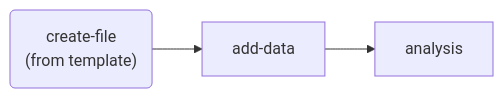
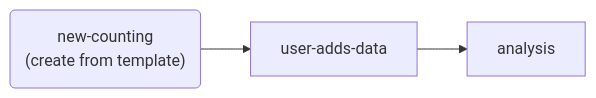
One commit to Trappy-Scopes/cell-counts changed the second of 3 diagrams in README.md. Above: the diagram before and after it, drawn with Mermaid. The commit also changed other lines of this file and 10 other files, not shown here.

````diff
--- a/README.md
+++ b/README.md
@@ -30,4 +30,4 @@
 ```mermaid
 graph LR
-	create-file("create-file<br>(from template)") --> add-data --> analysis
+	new-counting("new-counting<br>(create from template)") --> user-adds-data --> analysis
 ```
````
